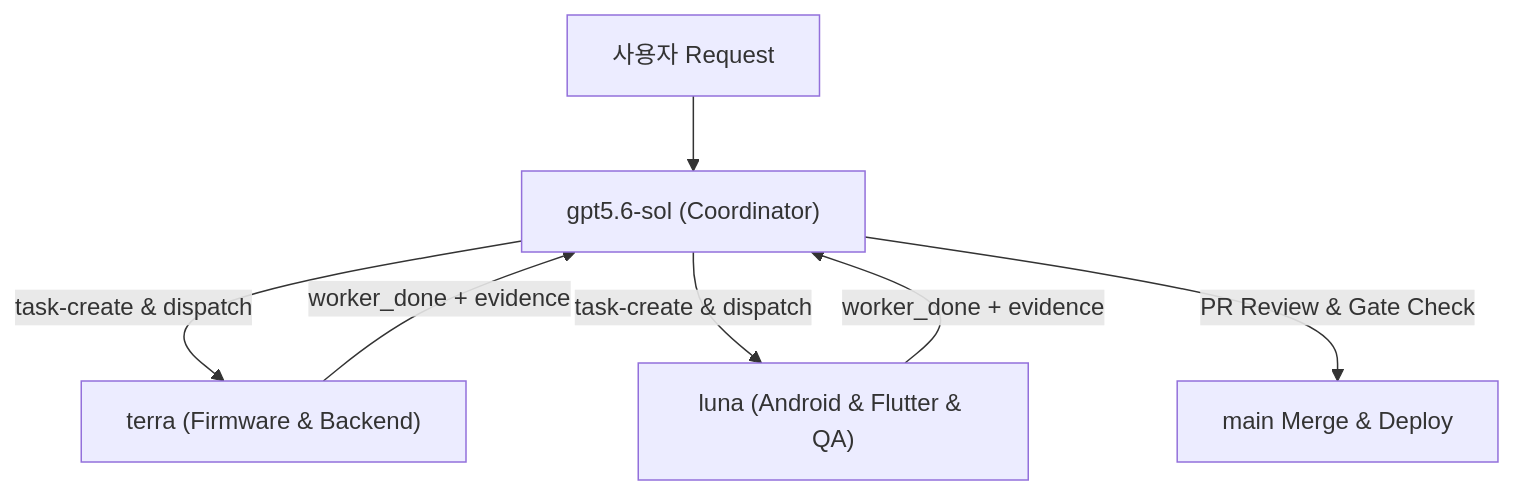
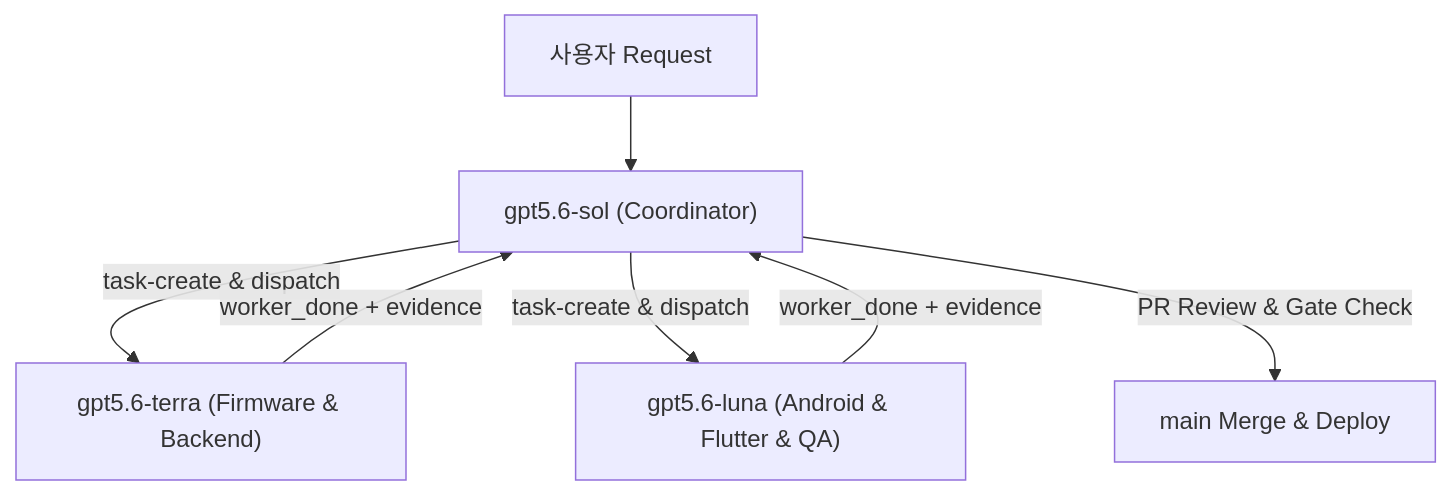
The diagram in .orca/ORCA.md (ks-house/smart-gatekeeper), drawn with Mermaid before and after one commit. The commit also changed other lines of this file and 5 other files, not shown here.

Commit message:
fix(orca): prefix profile names with gpt5.6- (gpt5.6-sol, gpt5.6-terra, gpt5.6-luna) (#43)

````diff
--- a/.orca/ORCA.md
+++ b/.orca/ORCA.md
@@ -27,9 +27,9 @@
 ```mermaid
 graph TD
     User["사용자 Request"] --> Sol["gpt5.6-sol (Coordinator)"]
-    Sol -->|"task-create & dispatch"| Terra["terra (Firmware & Backend)"]
-    Sol -->|"task-create & dispatch"| Luna["luna (Android & Flutter & QA)"]
+    Sol -->|"task-create & dispatch"| Terra["gpt5.6-terra (Firmware & Backend)"]
+    Sol -->|"task-create & dispatch"| Luna["gpt5.6-luna (Android & Flutter & QA)"]
     Terra -->|"worker_done + evidence"| Sol
     Luna -->|"worker_done + evidence"| Sol
     Sol -->|"PR Review & Gate Check"| Merge["main Merge & Deploy"]
 ```
````
